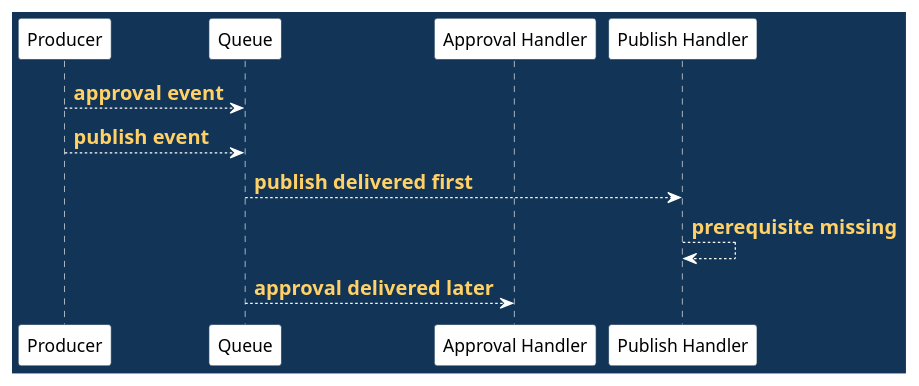
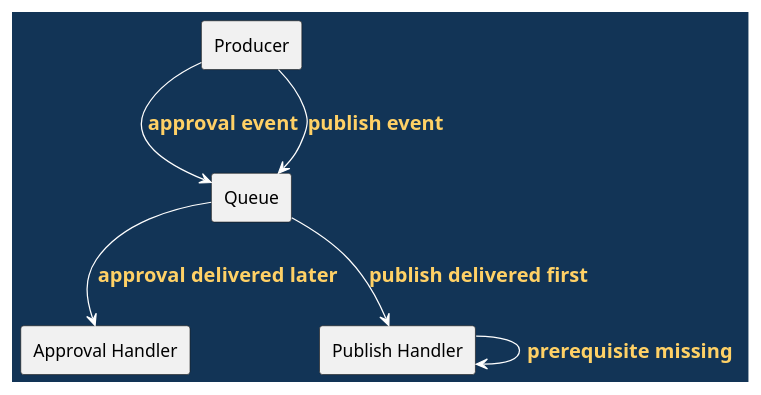
One commit to madajaju/CS5254 changed the second of 16 diagrams in doc/lectures/week5/ordering_constraints/README.slides.adoc. Above: the diagram before and after it, drawn with PlantUML. The commit also changed other lines of this file and 74 other files, not shown here.

```diff
--- a/doc/lectures/week5/ordering_constraints/README.slides.adoc
+++ b/doc/lectures/week5/ordering_constraints/README.slides.adoc
@@ -59,29 +59,29 @@
 [plantuml,time-causality-diverge,svg,width=100%]
 ----
 @startuml
 skinparam BackgroundColor #123456
 skinparam DefaultFontColor black
 skinparam ArrowColor white
 skinparam ArrowFontColor #ffd166
 skinparam ArrowFontStyle bold
 skinparam ArrowFontSize 16
 skinparam shadowing false
 skinparam sequence {
   LifeLineBorderColor white
   LifeLineBackgroundColor white
   ParticipantBorderColor #123456
   ParticipantBackgroundColor white
   ParticipantFontColor black
 }
-participant "Producer" as P
-participant "Queue" as Q
-participant "Approval Handler" as A
-participant "Publish Handler" as H
+rectangle "Producer" as P
+rectangle "Queue" as Q
+rectangle "Approval Handler" as A
+rectangle "Publish Handler" as H
 
 P --> Q : approval event
 P --> Q : publish event
 Q --> H : publish delivered first
 H --> H : prerequisite missing
 Q --> A : approval delivered later
 @enduml
 ----
```
